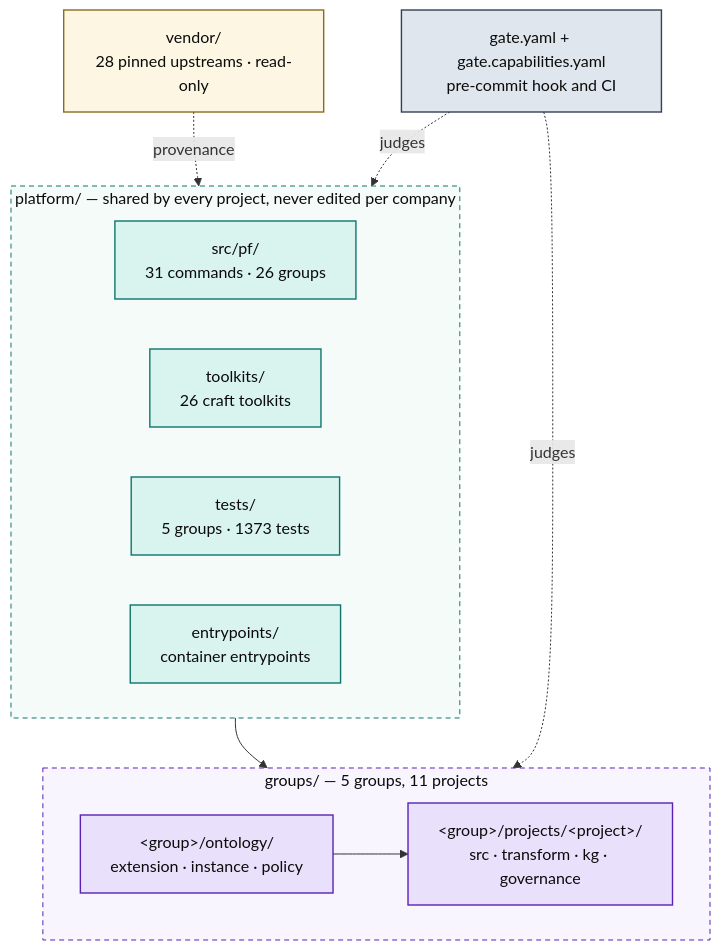
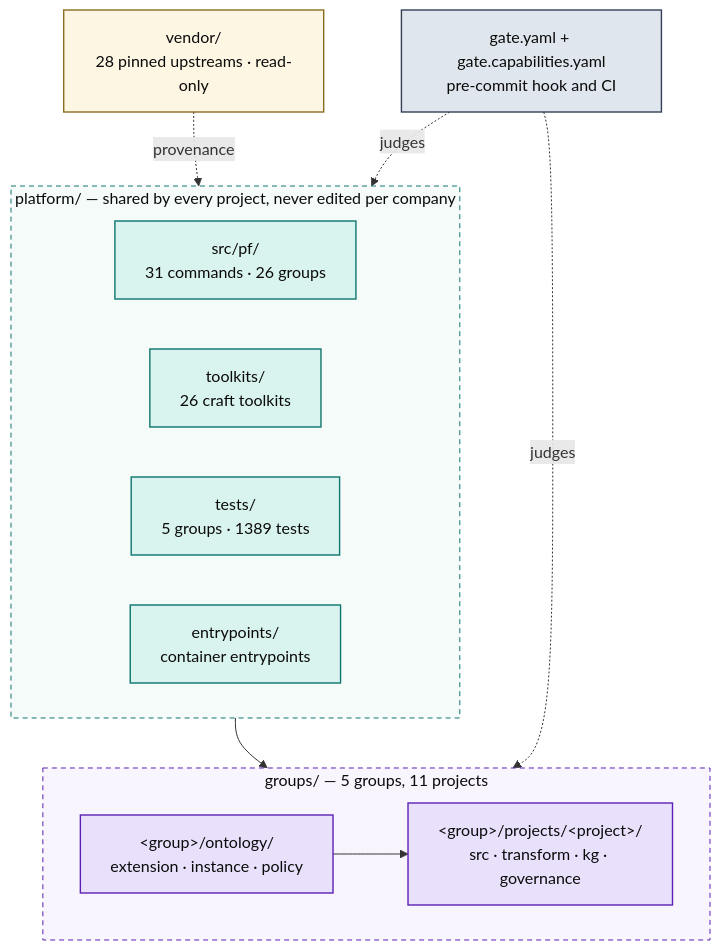
One commit to Atomz-org/data-platform changed the first of 5 diagrams in docs/ARCHITECTURE.md. Above: the diagram before and after it, drawn with Mermaid. The commit also changed other lines of this file and 5 other files, not shown here.

````diff
--- a/docs/ARCHITECTURE.md
+++ b/docs/ARCHITECTURE.md
@@ -15,36 +15,36 @@
 ```mermaid
 flowchart TB
   subgraph SHARED["platform/ — shared by every project, never edited per company"]
     direction LR
     ENG["src/pf/<br/>31 commands · 26 groups"]
     TK["toolkits/<br/>26 craft toolkits"]
-    TST["tests/<br/>5 groups · 1373 tests"]
+    TST["tests/<br/>5 groups · 1389 tests"]
     ENT["entrypoints/<br/>container entrypoints"]
   end
 
   subgraph ENTITIES["groups/ — 5 groups, 11 projects"]
     direction LR
     GRP["&lt;group&gt;/ontology/<br/>extension · instance · policy"]
     PRJ["&lt;group&gt;/projects/&lt;project&gt;/<br/>src · transform · kg · governance"]
     GRP --> PRJ
   end
 
   VEN["vendor/<br/>28 pinned upstreams · read-only"]
   GATE["gate.yaml + gate.capabilities.yaml<br/>pre-commit hook and CI"]
 
   SHARED --> ENTITIES
   VEN -.provenance.-> SHARED
   GATE -.judges.-> ENTITIES
   GATE -.judges.-> SHARED
 
   classDef code fill:#d9f4ee,stroke:#0f766e,stroke-width:1.4px,color:#0b0b0b
   classDef data fill:#e9e1fb,stroke:#5b21b6,stroke-width:1.4px,color:#0b0b0b
   classDef gov fill:#e0e6ed,stroke:#334155,stroke-width:1.4px,color:#0b0b0b
   classDef ext fill:#fdf6e3,stroke:#8a6d1f,stroke-width:1.4px,color:#0b0b0b
   class ENG,TK,TST,ENT code
   class GRP,PRJ data
   class GATE gov
   class VEN ext
   style SHARED fill:#f4fbf9,stroke:#0f766e,stroke-dasharray:5 4,color:#0b0b0b
   style ENTITIES fill:#f8f5fe,stroke:#5b21b6,stroke-dasharray:5 4,color:#0b0b0b
 ```
````
